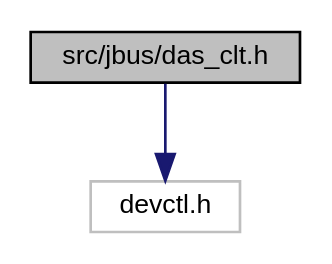
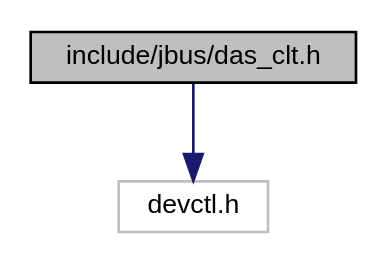
The diagram in docs/das__clt_8h__incl.dot (AboudyKreidieh/truck-code), drawn with Graphviz before and after one commit. The commit also changed 582 other files, not shown here.

```diff
--- a/docs/das__clt_8h__incl.dot
+++ b/docs/das__clt_8h__incl.dot
@@ -1,8 +1,8 @@
-digraph "src/jbus/das_clt.h"
+digraph "include/jbus/das_clt.h"
 {
   edge [fontname="Helvetica",fontsize="10",labelfontname="Helvetica",labelfontsize="10"];
   node [fontname="Helvetica",fontsize="10",shape=record];
-  Node0 [label="src/jbus/das_clt.h",height=0.2,width=0.4,color="black", fillcolor="grey75", style="filled", fontcolor="black"];
+  Node0 [label="include/jbus/das_clt.h",height=0.2,width=0.4,color="black", fillcolor="grey75", style="filled", fontcolor="black"];
   Node0 -> Node1 [color="midnightblue",fontsize="10",style="solid",fontname="Helvetica"];
   Node1 [label="devctl.h",height=0.2,width=0.4,color="grey75", fillcolor="white", style="filled"];
 }
```
